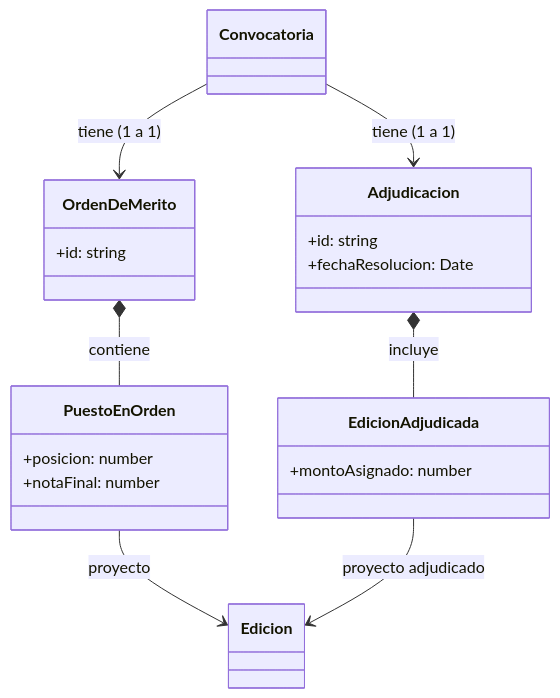
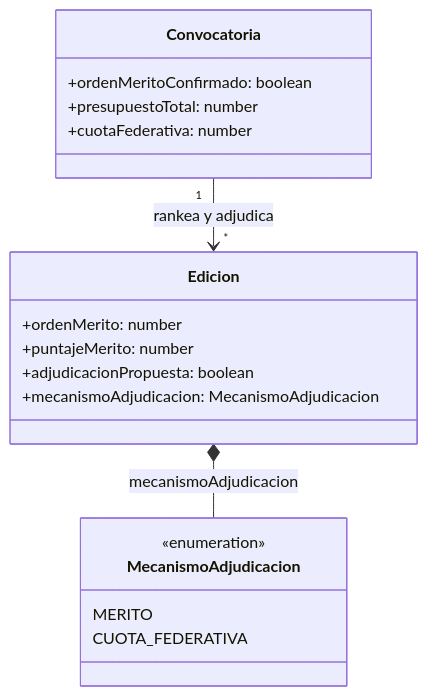
The eighth of 10 diagrams in docs/dominio/modelo.md (TPP-UBANEX/UBANEX), drawn with Mermaid before and after one commit. The commit also changed other lines of this file and 3 other files, not shown here.

````diff
--- a/docs/dominio/modelo.md
+++ b/docs/dominio/modelo.md
@@ -589,28 +640,24 @@
 ```mermaid
 classDiagram
-    class OrdenDeMerito {
-        +id: string
+    class Edicion {
+        +ordenMerito: number
+        +puntajeMerito: number
+        +adjudicacionPropuesta: boolean
+        +mecanismoAdjudicacion: MecanismoAdjudicacion
     }
 
-    class PuestoEnOrden {
-        +posicion: number
-        +notaFinal: number
+    class Convocatoria {
+        +ordenMeritoConfirmado: boolean
+        +presupuestoTotal: number
+        +cuotaFederativa: number
     }
 
-    class Adjudicacion {
-        +id: string
-        +fechaResolucion: Date
+    class MecanismoAdjudicacion {
+        <<enumeration>>
+        MERITO
+        CUOTA_FEDERATIVA
     }
 
-    class EdicionAdjudicada {
-        +montoAsignado: number
-    }
-
-    Convocatoria --> OrdenDeMerito : tiene (1 a 1)
-    OrdenDeMerito *-- PuestoEnOrden : contiene
-    PuestoEnOrden --> Edicion : proyecto
-
-    Convocatoria --> Adjudicacion : tiene (1 a 1)
-    Adjudicacion *-- EdicionAdjudicada : incluye
-    EdicionAdjudicada --> Edicion : proyecto adjudicado
+    Convocatoria "1" --> "*" Edicion : rankea y adjudica
+    Edicion *-- MecanismoAdjudicacion : mecanismoAdjudicacion
 ```
````
